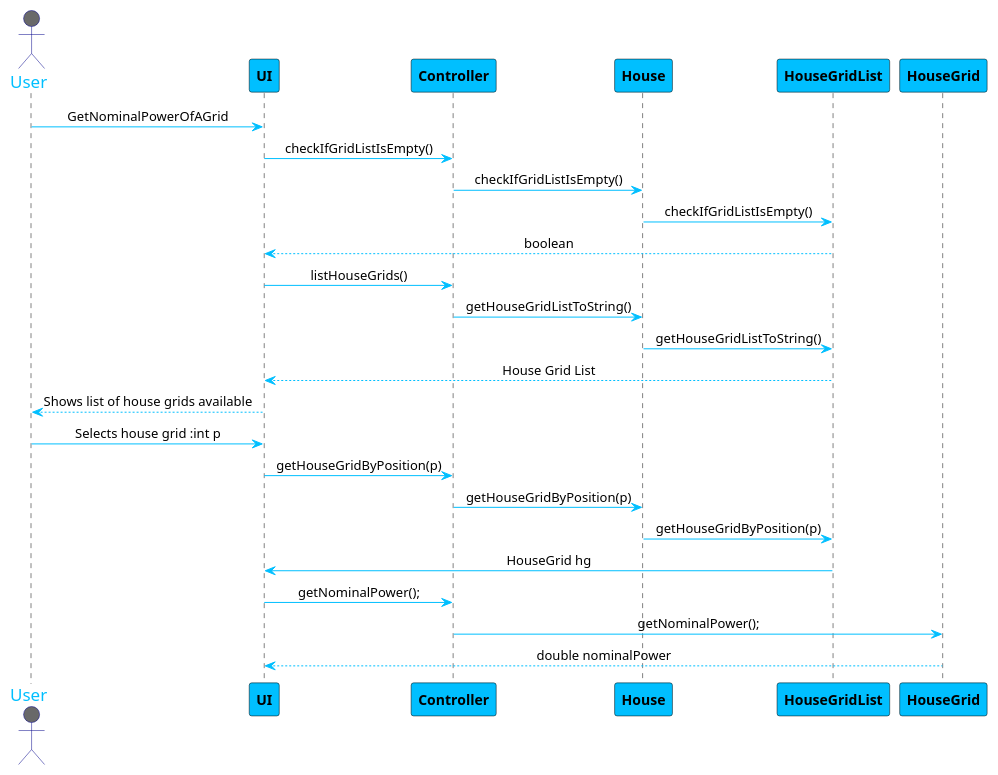
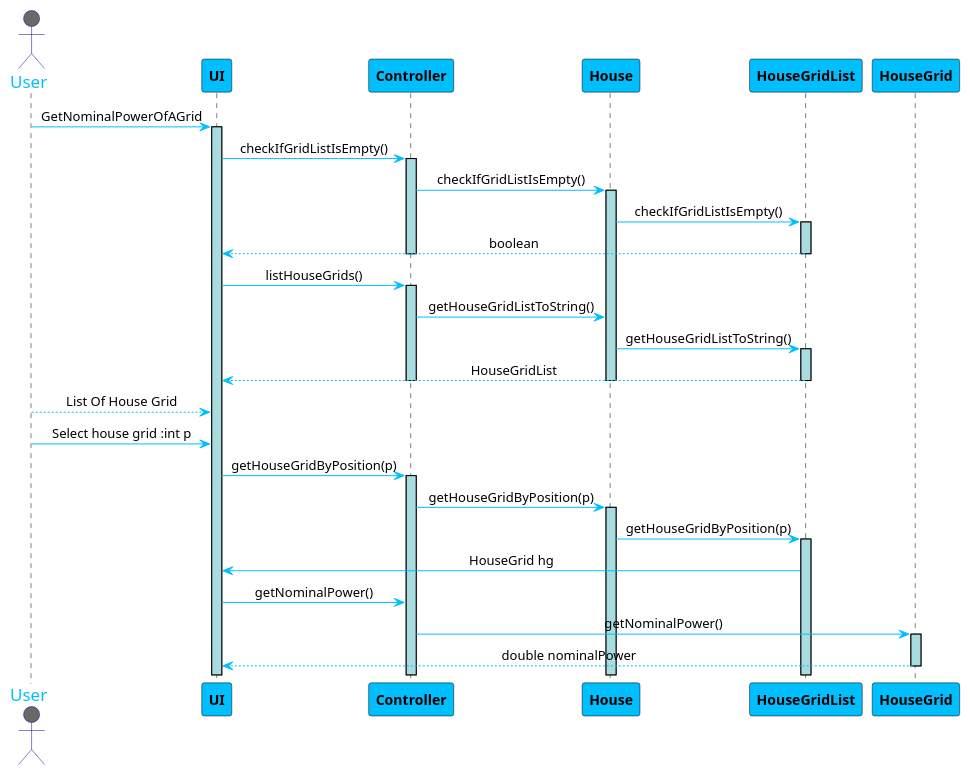
Before and after one commit to 1181687/hateoasToy: the diagram in src/Docs/Sprint2/GetNominalPowerOfAGrid.puml, drawn with PlantUML. The commit also changed 4 other files, not shown here.

Commit message:
Changes to Sequence Diagrams

```diff
--- a/src/Docs/Sprint2/GetNominalPowerOfAGrid.puml
+++ b/src/Docs/Sprint2/GetNominalPowerOfAGrid.puml
@@ -1,39 +1,56 @@
 @startuml
 skinparam sequenceMessageAlign center
 skinparam sequence {
 	ArrowColor DeepSkyBlue
 	ActorBorderColor DarkBlue
 	LifeLineBorderColor black
 	LifeLineBackgroundColor #A9DCDF
 
 	ParticipantBorderColor Black
 	ParticipantBackgroundColor DeepSkyBlue
 	ParticipantFontStyle Bold
 
 	ActorBackgroundColor DimGrey
 	ActorFontColor DeepSkyBlue
 	ActorFontSize 17
 	ActorFontName Aapex
 }
 
 actor User
 User -> UI: GetNominalPowerOfAGrid
+activate UI
 UI -> Controller: checkIfGridListIsEmpty()
+activate Controller
 Controller -> House: checkIfGridListIsEmpty()
+activate House
 House -> HouseGridList: checkIfGridListIsEmpty()
-HouseGridList --> UI: boolean
-UI->Controller: listHouseGrids()
-Controller->House:getHouseGridListToString()
-House->HouseGridList:getHouseGridListToString()
-HouseGridList-->UI: House Grid List
-UI-->User:Shows list of house grids available
-User->UI: Selects house grid :int p
-UI->Controller: getHouseGridByPosition(p)
-Controller->House: getHouseGridByPosition(p)
-House->HouseGridList: getHouseGridByPosition(p)
-HouseGridList->UI:HouseGrid hg
-UI->Controller:getNominalPower();
-Controller->HouseGrid:getNominalPower();
-HouseGrid-->UI: double nominalPower
+activate HouseGridList
+UI <-- HouseGridList: boolean
+deactivate HouseGridList
+deactivate Controller
+UI -> Controller: listHouseGrids()
+activate Controller
+Controller -> House:getHouseGridListToString()
+
+House -> HouseGridList:getHouseGridListToString()
+activate HouseGridList
+UI <-- HouseGridList: HouseGridList
+deactivate House
+deactivate HouseGridList
+deactivate Controller
+UI <-- User: List Of House Grid
+User -> UI: Select house grid :int p
+UI -> Controller: getHouseGridByPosition(p)
+activate Controller
+Controller -> House: getHouseGridByPosition(p)
+activate House
+House -> HouseGridList: getHouseGridByPosition(p)
+activate HouseGridList
+HouseGridList -> UI:HouseGrid hg
+UI -> Controller: getNominalPower()
+Controller -> HouseGrid:getNominalPower()
+activate HouseGrid
+UI <-- HouseGrid: double nominalPower
+deactivate HouseGrid
 
 @enduml
```
